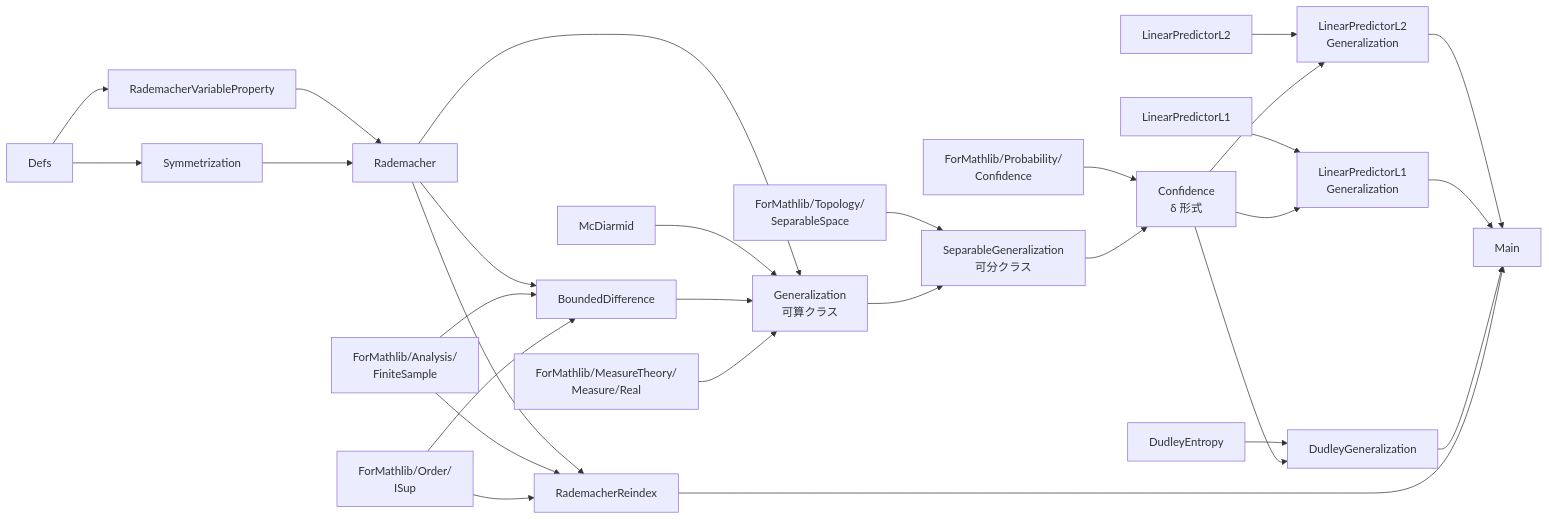
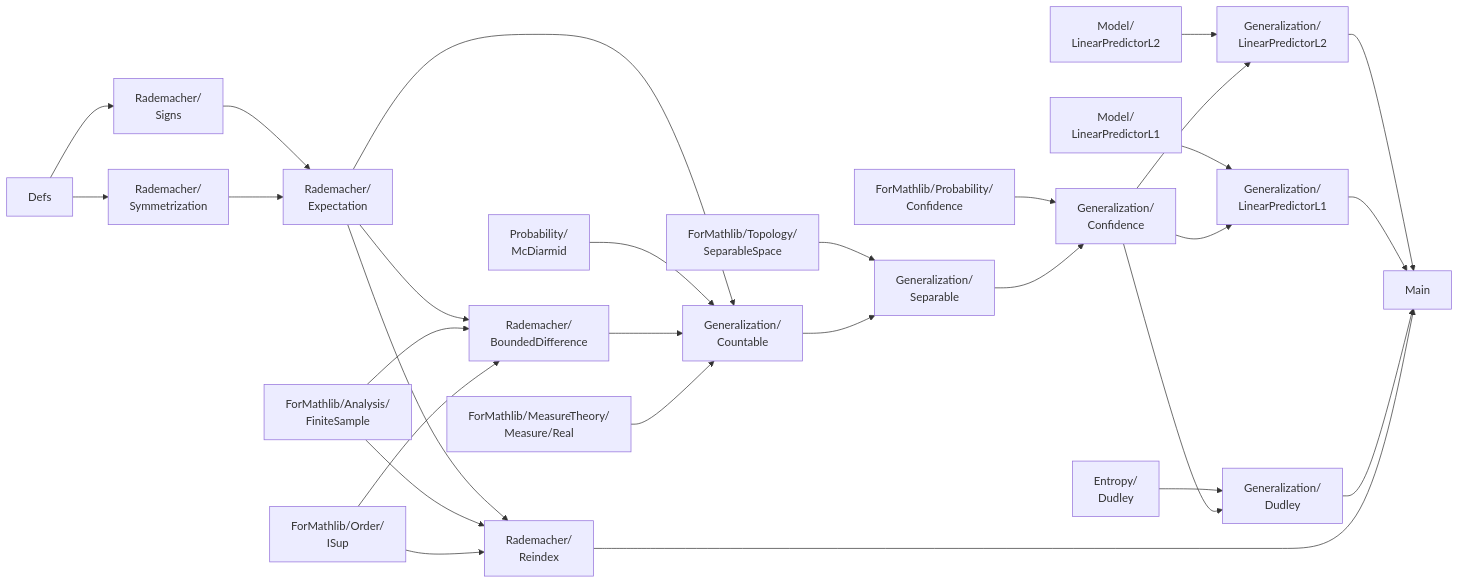
The diagram in note/summary.md (auto-res/lean-rademacher), drawn with Mermaid before and after one commit. The commit also changed other lines of this file and 27 other files, not shown here.

````diff
--- a/note/summary.md
+++ b/note/summary.md
@@ -29,57 +29,57 @@
 ```mermaid
 flowchart LR
     defs["Defs"]
-    symm["Symmetrization"]
-    rademacher["Rademacher"]
-    rademacherProperty["RademacherVariableProperty"]
-    reindex["RademacherReindex"]
-    mcdiarmid["McDiarmid"]
-    boundedDiff["BoundedDifference"]
+    symm["Rademacher/<br/>Symmetrization"]
+    rademacher["Rademacher/<br/>Expectation"]
+    rademacherProperty["Rademacher/<br/>Signs"]
+    reindex["Rademacher/<br/>Reindex"]
+    mcdiarmid["Probability/<br/>McDiarmid"]
+    boundedDiff["Rademacher/<br/>BoundedDifference"]
     finiteSample["ForMathlib/Analysis/<br/>FiniteSample"]
     iSupBridge["ForMathlib/Order/<br/>ISup"]
     measureBridge["ForMathlib/MeasureTheory/<br/>Measure/Real"]
     topologyBridge["ForMathlib/Topology/<br/>SeparableSpace"]
     confidenceCalc["ForMathlib/Probability/<br/>Confidence"]
-    generalization["Generalization<br/>可算クラス"]
-    separableGen["SeparableGeneralization<br/>可分クラス"]
-    confidence["Confidence<br/>δ 形式"]
-    linearL2["LinearPredictorL2"]
-    linearL1["LinearPredictorL1"]
-    dudley["DudleyEntropy"]
-    l2Gen["LinearPredictorL2<br/>Generalization"]
-    l1Gen["LinearPredictorL1<br/>Generalization"]
-    dudleyGen["DudleyGeneralization"]
+    generalization["Generalization/<br/>Countable"]
+    separableGen["Generalization/<br/>Separable"]
+    confidence["Generalization/<br/>Confidence"]
+    linearL2["Model/<br/>LinearPredictorL2"]
+    linearL1["Model/<br/>LinearPredictorL1"]
+    dudley["Entropy/<br/>Dudley"]
+    l2Gen["Generalization/<br/>LinearPredictorL2"]
+    l1Gen["Generalization/<br/>LinearPredictorL1"]
+    dudleyGen["Generalization/<br/>Dudley"]
     main["Main"]
 
     defs --> symm
     defs --> rademacherProperty
     rademacherProperty --> rademacher
     symm --> rademacher
     rademacher --> boundedDiff
     rademacher --> generalization
     rademacher --> reindex
     mcdiarmid --> generalization
     finiteSample --> boundedDiff
     finiteSample --> reindex
     iSupBridge --> boundedDiff
     iSupBridge --> reindex
     boundedDiff --> generalization
     measureBridge --> generalization
 
     topologyBridge --> separableGen
     generalization --> separableGen
     confidenceCalc --> confidence
     separableGen --> confidence
 
     linearL2 --> l2Gen
     confidence --> l2Gen
     linearL1 --> l1Gen
     confidence --> l1Gen
     dudley --> dudleyGen
     confidence --> dudleyGen
 
     l2Gen --> main
     l1Gen --> main
     dudleyGen --> main
     reindex --> main
 ```
````
